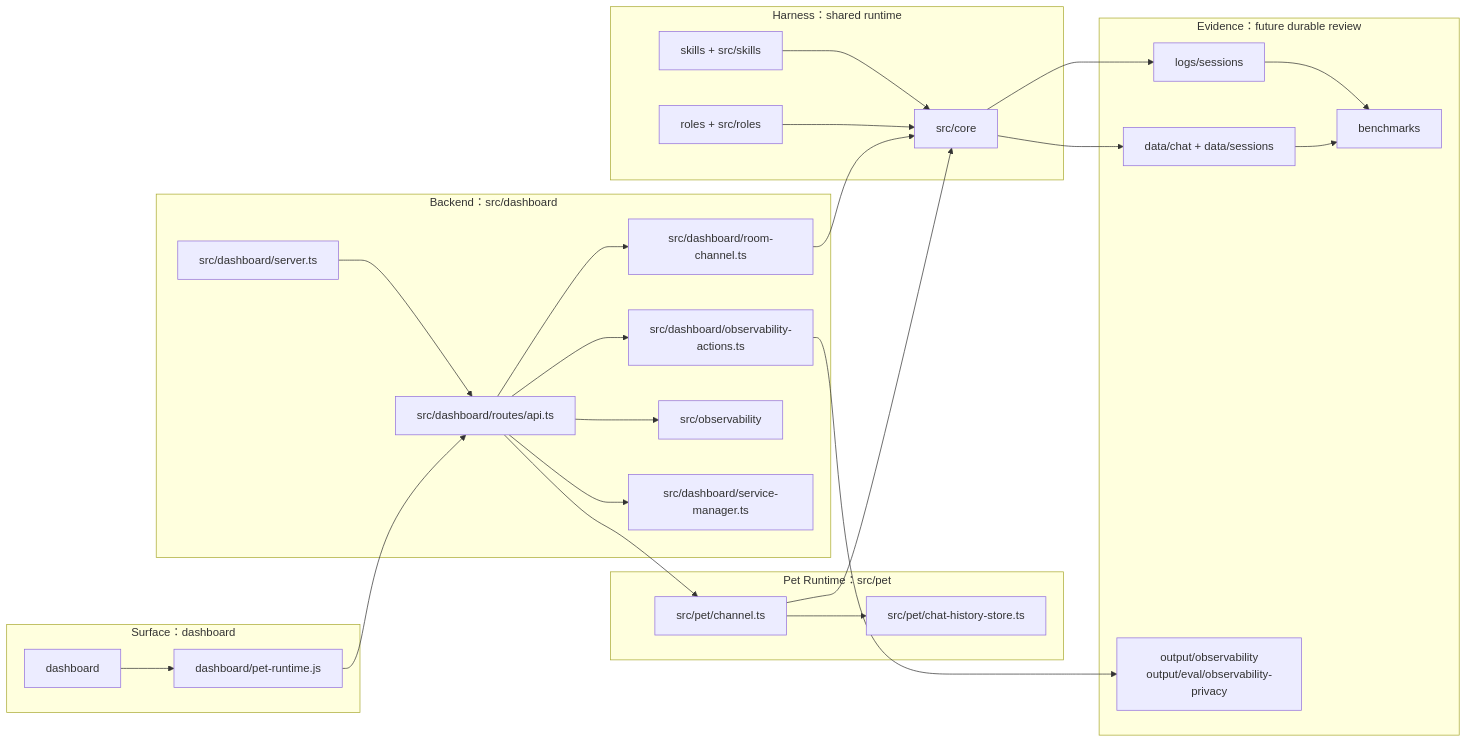
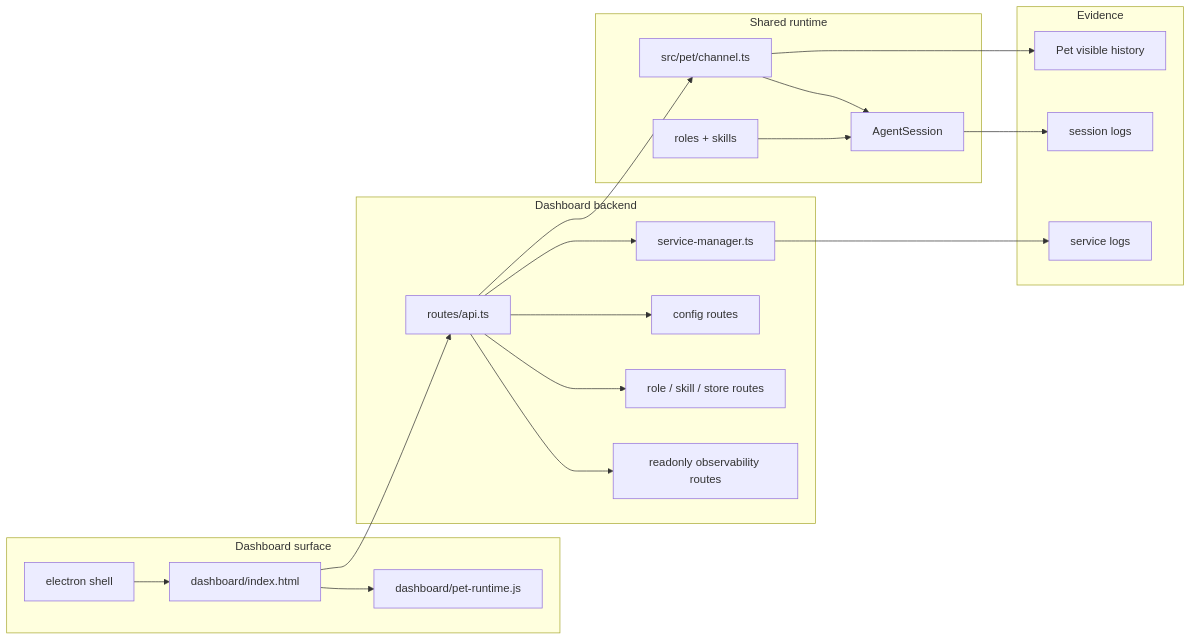
One commit to fightheyyy/XiaoBa-CLI changed the second of 2 diagrams in dashboard/SPEC.md. Above: the diagram before and after it, drawn with Mermaid. The commit also changed other lines of this file and 5 other files, not shown here.

Commit message:
Remove dashboard room surface

````diff
--- a/dashboard/SPEC.md
+++ b/dashboard/SPEC.md
@@ -77,53 +83,42 @@
 ```mermaid
 flowchart LR
-    subgraph Surface["Surface：dashboard"]
-        Static["dashboard"]
-        RuntimeJs["dashboard/pet-runtime.js"]
+    subgraph Surface["Dashboard surface"]
+        Static["dashboard/index.html"]
+        PetRuntimeJs["dashboard/pet-runtime.js"]
+        Electron["electron shell"]
     end
 
-    subgraph Backend["Backend：src/dashboard"]
-        Server["src/dashboard/server.ts"]
-        Api["src/dashboard/routes/api.ts"]
-        ObsActions["src/dashboard/observability-actions.ts"]
-        Room["src/dashboard/room-channel.ts"]
-        Obs["src/observability"]
-        Services["src/dashboard/service-manager.ts"]
+    subgraph Backend["Dashboard backend"]
+        Api["routes/api.ts"]
+        ServiceControl["service-manager.ts"]
+        ConfigControl["config routes"]
+        RoleSkillControl["role / skill / store routes"]
+        ObservabilityRead["readonly observability routes"]
     end
 
-    subgraph PetRuntime["Pet Runtime：src/pet"]
+    subgraph Runtime["Shared runtime"]
         PetChannel["src/pet/channel.ts"]
-        ChatHistory["src/pet/chat-history-store.ts"]
+        Harness["AgentSession"]
+        Roles["roles + skills"]
     end
 
-    subgraph Harness["Harness：shared runtime"]
-        Core["src/core"]
-        Roles["roles + src/roles"]
-        Skills["skills + src/skills"]
+    subgraph Evidence["Evidence"]
+        ChatHistory["Pet visible history"]
+        RuntimeLogs["session logs"]
+        ServiceLogs["service logs"]
     end
 
-    subgraph Evidence["Evidence：future durable review"]
-        Data["data/chat + data/sessions"]
-        Logs["logs/sessions"]
-        Benchmarks["benchmarks"]
-        ObservabilityOutput["output/observability<br/>output/eval/observability-privacy"]
-    end
-
-    Static --> RuntimeJs
-    RuntimeJs --> Api
-    Server --> Api
-    Api --> ObsActions
-    Api --> Room
-    Api --> Obs
-    Api --> Services
+    Static --> PetRuntimeJs
+    Electron --> Static
+    Static --> Api
+    Api --> ServiceControl
+    Api --> ConfigControl
+    Api --> RoleSkillControl
+    Api --> ObservabilityRead
     Api --> PetChannel
+    PetChannel --> Harness
+    Roles --> Harness
     PetChannel --> ChatHistory
-    Room --> Core
-    PetChannel --> Core
-    Roles --> Core
-    Skills --> Core
-    Core --> Data
-    Core --> Logs
-    Data --> Benchmarks
-    Logs --> Benchmarks
-    ObsActions --> ObservabilityOutput
+    Harness --> RuntimeLogs
+    ServiceControl --> ServiceLogs
 ```
````
